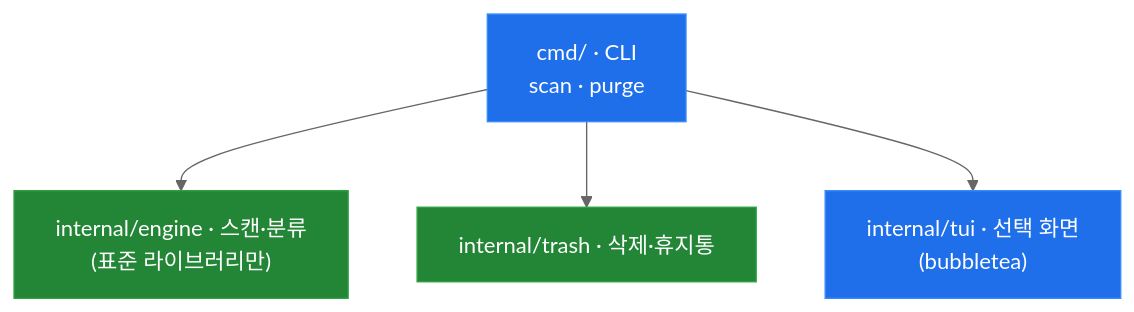
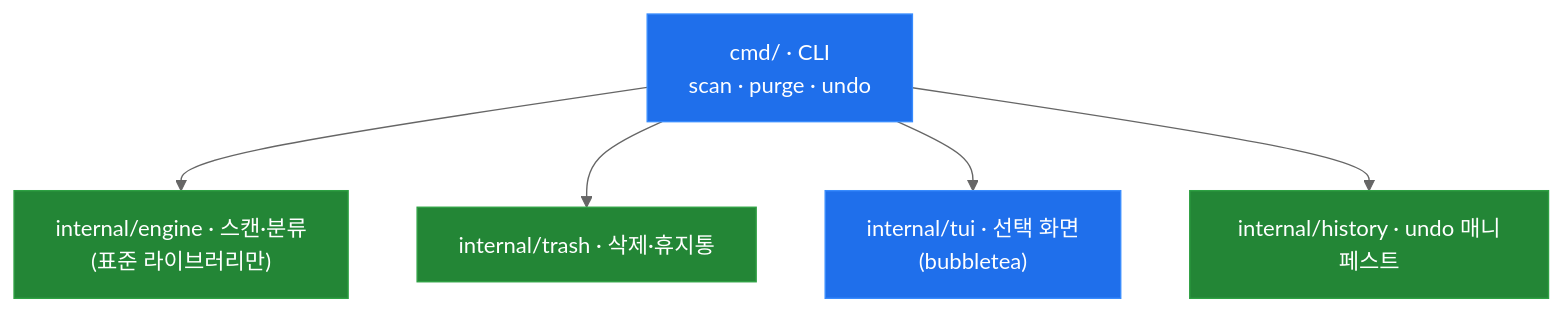
One commit to seeminglyjs/PurgeFs changed the third of 3 diagrams in README.md. Above: the diagram before and after it, drawn with Mermaid (neutral theme). The commit also changed other lines of this file, not shown here.

Commit message:
docs: finalize README for P5 (undo/preset commands, history pkg, all phases done)

````diff
--- a/README.md
+++ b/README.md
@@ -139,16 +150,18 @@
 ```mermaid
 flowchart TD
-    CLI["cmd/ · CLI<br/>scan · purge"]
+    CLI["cmd/ · CLI<br/>scan · purge · undo"]
     TUI["internal/tui · 선택 화면<br/>(bubbletea)"]
     ENG["internal/engine · 스캔·분류<br/>(표준 라이브러리만)"]
     TR["internal/trash · 삭제·휴지통"]
+    HIST["internal/history · undo 매니페스트"]
 
     CLI --> ENG
     CLI --> TR
     CLI --> TUI
+    CLI --> HIST
 
     classDef front fill:#1f6feb,color:#fff,stroke:#388bfd
     classDef core fill:#238636,color:#fff,stroke:#2ea043
     class CLI,TUI front
-    class ENG,TR core
+    class ENG,TR,HIST core
 ```
````
